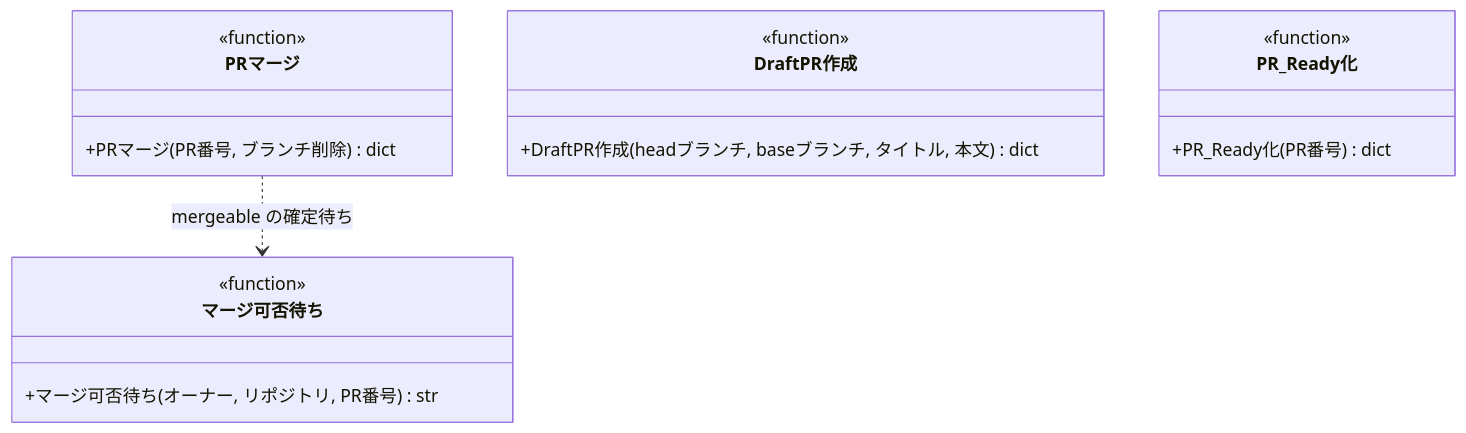
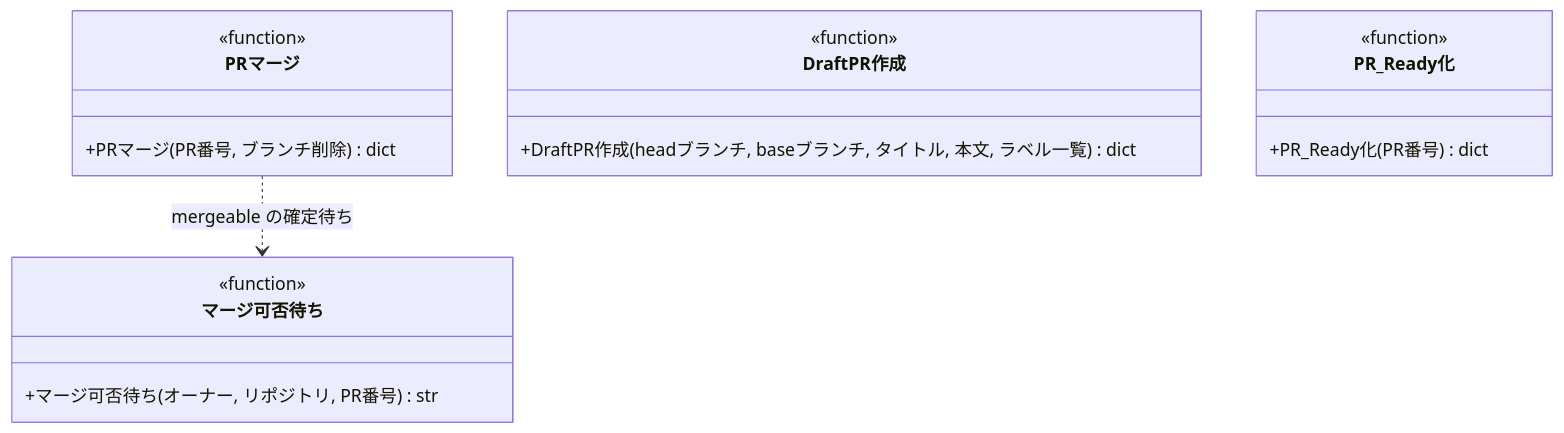
Before and after one commit to shuhei1101/ai-monitor: diagram 11 of 12 in docs/wiki/設計図/モジュール構成/MCP/GitHub操作.py.md, drawn with Mermaid. The commit also changed other lines of this file and 75 other files, not shown here.

````diff
--- a/docs/wiki/設計図/モジュール構成/MCP/GitHub操作.py.md
+++ b/docs/wiki/設計図/モジュール構成/MCP/GitHub操作.py.md
@@ -609,27 +609,27 @@
 ```mermaid
 classDiagram
   direction TD
   PRマージ ..> マージ可否待ち : mergeable の確定待ち
 
   class DraftPR作成 {
     <<function>>
-    +DraftPR作成(headブランチ, baseブランチ, タイトル, 本文) dict
+    +DraftPR作成(headブランチ, baseブランチ, タイトル, 本文, ラベル一覧) dict
   }
   class PR_Ready化 {
     <<function>>
     +PR_Ready化(PR番号) dict
   }
   class PRマージ {
     <<function>>
     +PRマージ(PR番号, ブランチ削除) dict
   }
   class マージ可否待ち {
     <<function>>
     +マージ可否待ち(オーナー, リポジトリ, PR番号) str
   }
 
   click DraftPR作成 href "#draftpr作成"
   click PR_Ready化 href "#pr_ready化"
   click PRマージ href "#prマージ"
   click マージ可否待ち href "#マージ可否待ち"
 ```
````
